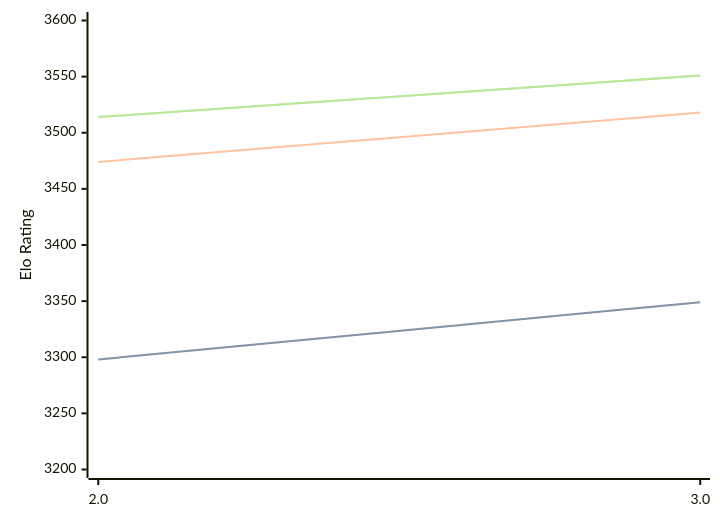
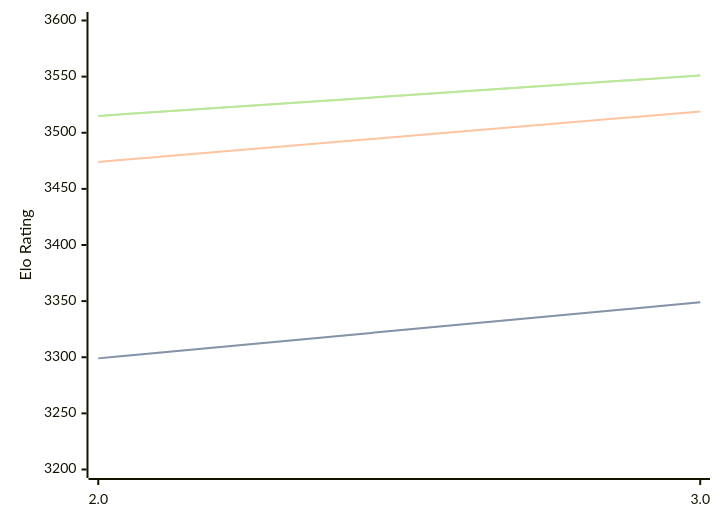
One commit to computer-chess-index/cci changed the diagram in engines/Quanticade.md. Above: the diagram before and after it, drawn with Mermaid. The commit also changed other lines of this file, not shown here.

Commit message:
Update CCI Ratings (ELO VLTC) - 2026-09-06

````diff
--- a/engines/Quanticade.md
+++ b/engines/Quanticade.md
@@ -32,11 +32,11 @@
 ```mermaid
 %%{init: {"theme":"base","themeVariables":{"seriesColors:['#a3a3a3','#222221','#faa371']}}}%%
 xychart-beta
   x-axis ["2.0", "3.0"]
   y-axis "Elo Rating" 3200 --> 3600
-  line "" [3298, 3349]
-  line "STC (8.0+0.08s)" [3298, 3349]
-  line "LTC (60.0+0.60s)" [3474, 3518]
-  line "" [3514, 3551]
-  line "VLTC (2m24s+1.12s)" [3514, 3551]
+  line "" [3299, 3349]
+  line "STC (8.0+0.08s)" [3299, 3349]
+  line "LTC (60.0+0.60s)" [3474, 3519]
+  line "" [3515, 3551]
+  line "VLTC (2m24s+1.12s)" [3515, 3551]
 ```
````
